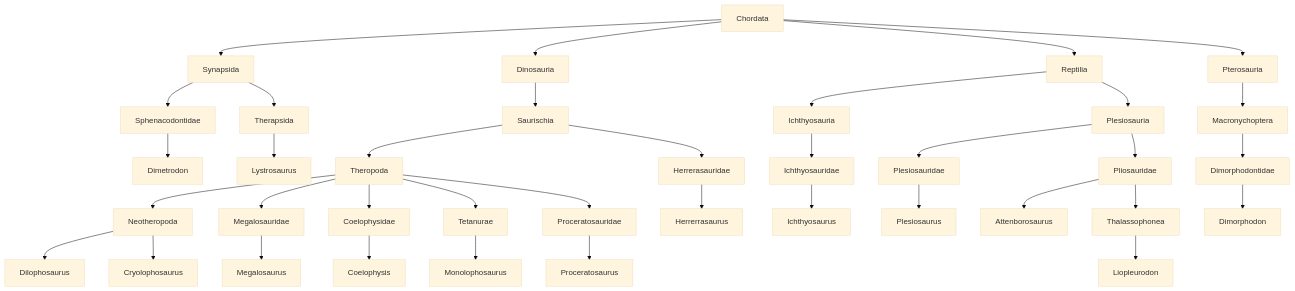
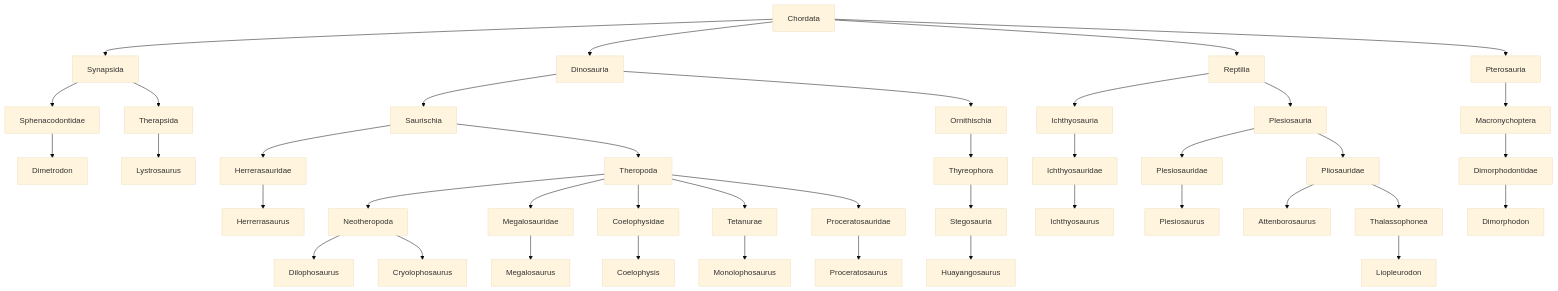
Before and after one commit to jackdixonryan/JWE2-Taxonomy: the diagram in readme.md, drawn with Mermaid (base theme).

Commit message:
Update readme.md
Added first stego

````diff
--- a/readme.md
+++ b/readme.md
@@ -3,54 +3,59 @@
 ```mermaid
 graph TD;
 
 Chordata-->Synapsida
 Chordata-->Dinosauria
 Chordata-->Reptilia
 Chordata-->Pterosauria
 
 Synapsida-->Sphenacodontidae
 Synapsida-->Therapsida
 
 Sphenacodontidae-->Dimetrodon
 
 Therapsida-->Lystrosaurus
 
 Dinosauria-->Saurischia
+Dinosauria-->Ornithischia
 
 Saurischia-->Herrerasauridae
 Saurischia-->Theropoda
+
+Ornithischia-->Thyreophora
+Thyreophora-->Stegosauria
+Stegosauria-->Huayangosaurus
 
 Theropoda-->Neotheropoda
 Theropoda-->Megalosauridae
 Theropoda-->Coelophysidae
 Theropoda-->Tetanurae
 Theropoda-->Proceratosauridae
 
 Neotheropoda-->Dilophosaurus
 Neotheropoda-->Cryolophosaurus
 
 Tetanurae-->Monolophosaurus
 Herrerasauridae-->Herrerrasaurus
 Megalosauridae-->Megalosaurus
 Coelophysidae-->Coelophysis
 
 Proceratosauridae-->Proceratosaurus
 
 Reptilia-->Ichthyosauria
 Reptilia-->Plesiosauria
 
 Ichthyosauria-->Ichthyosauridae 
 Ichthyosauridae-->Ichthyosaurus
 
 Plesiosauria-->Plesiosauridae 
 Plesiosauria-->Pliosauridae
 
 Plesiosauridae-->Plesiosaurus
 Pliosauridae-->Attenborosaurus
 Pliosauridae-->Thalassophonea
 Thalassophonea-->Liopleurodon
 
 Pterosauria-->Macronychoptera
 Macronychoptera-->Dimorphodontidae 
 Dimorphodontidae-->Dimorphodon
 ```
````
